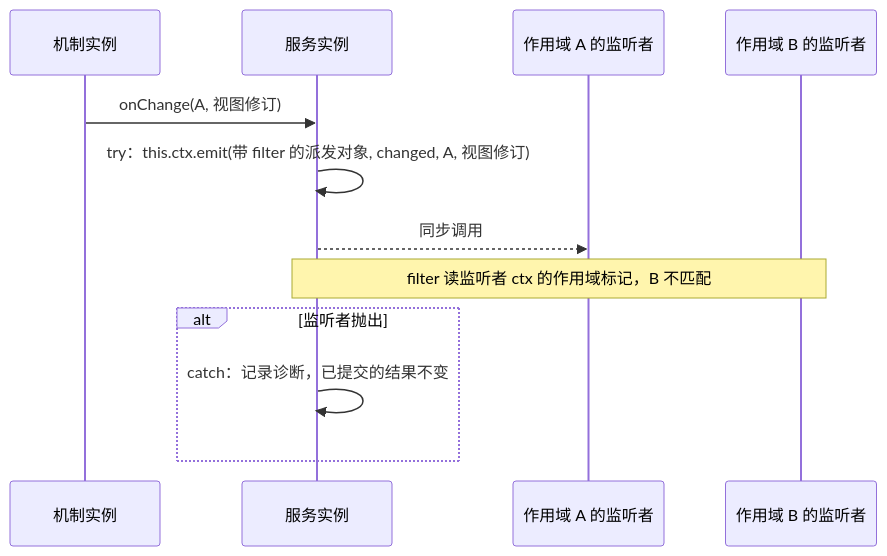
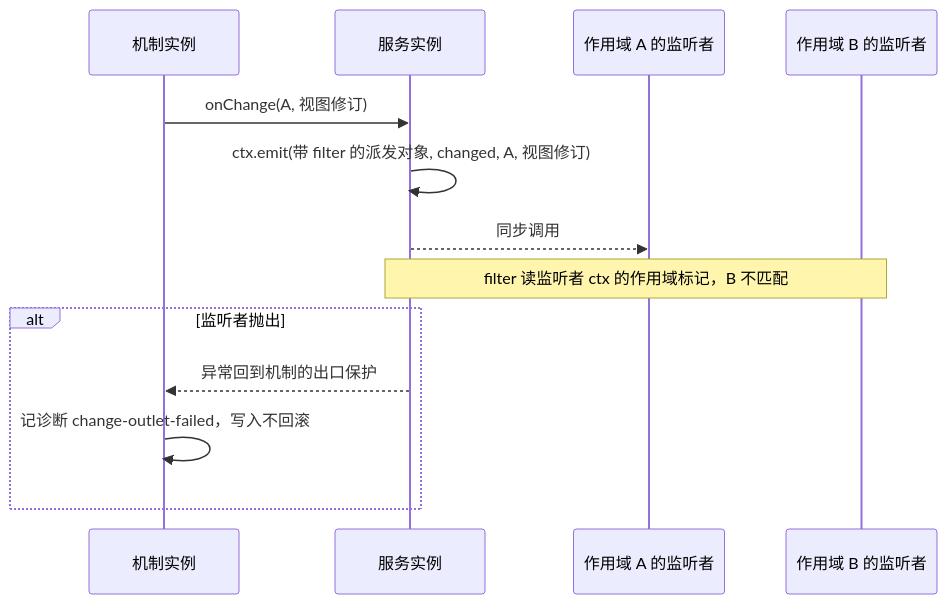
One commit to nemori-ai/omne-harness-lite changed the third of 3 diagrams in packages/context/runtime-context-cordis/docs/flows.md. Above: the diagram before and after it, drawn with Mermaid. The commit also changed other lines of this file and 26 other files, not shown here.

````diff
--- a/packages/context/runtime-context-cordis/docs/flows.md
+++ b/packages/context/runtime-context-cordis/docs/flows.md
@@ -85,14 +93,15 @@
 ```mermaid
 sequenceDiagram
   participant M as 机制实例
   participant S as 服务实例
   participant LA as 作用域 A 的监听者
   participant LB as 作用域 B 的监听者
   M->>S: onChange(A, 视图修订)
-  S->>S: try：this.ctx.emit(带 filter 的派发对象, changed, A, 视图修订)
+  S->>S: ctx.emit(带 filter 的派发对象, changed, A, 视图修订)
   S-->>LA: 同步调用
   Note over S,LB: filter 读监听者 ctx 的作用域标记，B 不匹配
   alt 监听者抛出
-    S->>S: catch：记录诊断，已提交的结果不变
+    S-->>M: 异常回到机制的出口保护
+    M->>M: 记诊断 change-outlet-failed，写入不回滚
   end
 ```
````
